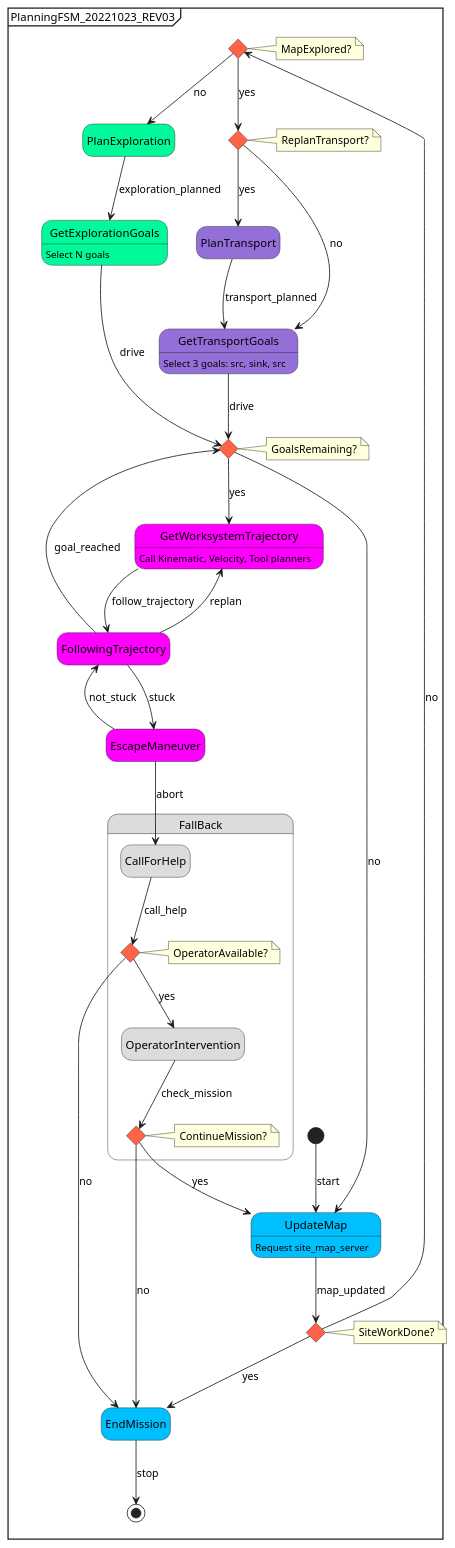
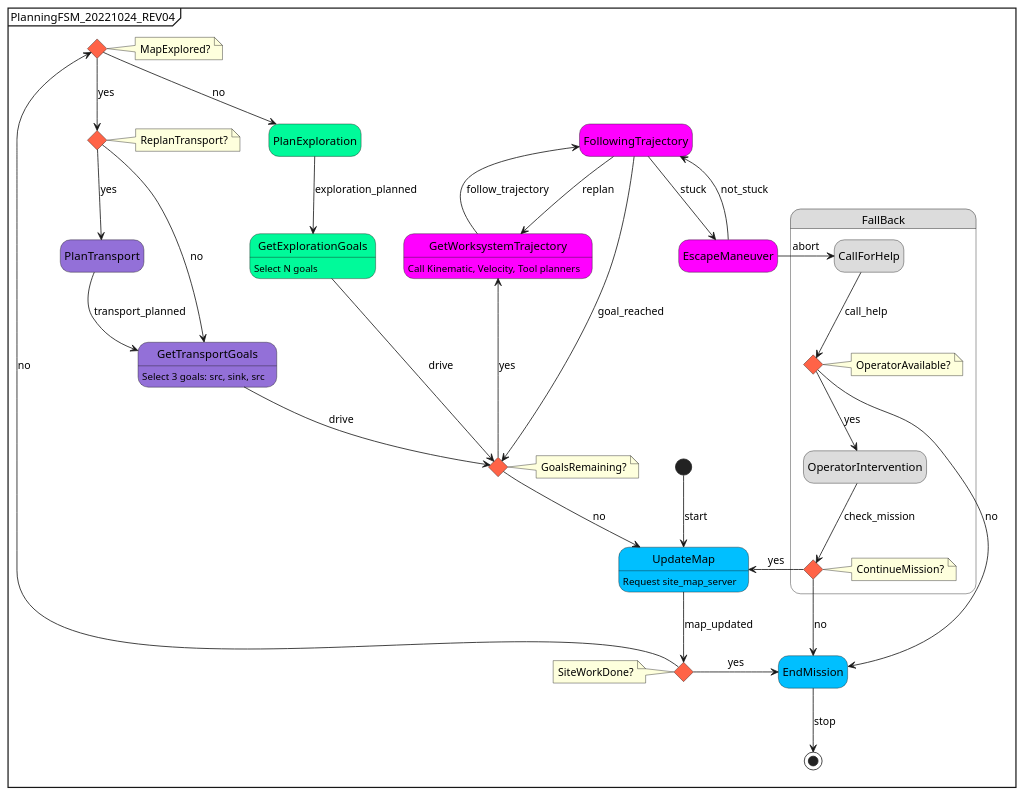
One commit to CraterGrader/CRATER_GRADER changed the second of 2 diagrams in cg_ws/src/planning/doc/fsm.puml. Above: the diagram before and after it, drawn with PlantUML. The commit also changed 8 other files, not shown here.

Commit message:
kinematic planner path packing, planner viz, worksystem_control param type, replanning, update fsm diagram

```diff
--- a/cg_ws/src/planning/doc/fsm.puml
+++ b/cg_ws/src/planning/doc/fsm.puml
@@ -5,102 +5,102 @@
-@startuml PlanningFSM_20221023_REV03
-mainframe PlanningFSM_20221023_REV03
+@startuml PlanningFSM_20221024_REV04
+mainframe PlanningFSM_20221024_REV04
 ' Formatting
 ' ------------------------------------
 hide empty description
 
 ' State blocks
 skinparam state {
   BackgroundColor #DeepSkyBlue
 }
 
 ' choice blocks
 <style>
   diamond {
     BackgroundColor #Tomato
 }
 </style>
 
 
 ' States and Interactions
 ' ------------------------------------
 ' Global states
 state EndMission
 state PlanExploration #MediumSpringGreen
 state PlanTransport #MediumPurple
 state UpdateMap
   UpdateMap : Request site_map_server
 state GetExplorationGoals #MediumSpringGreen
   GetExplorationGoals : Select N goals
 state GetTransportGoals #MediumPurple
   GetTransportGoals : Select 3 goals: src, sink, src
 state MapExplored <<choice>>
   note right of MapExplored
     MapExplored?
   end note
 state SiteWorkDone <<choice>>
-  note right of SiteWorkDone
+  note left of SiteWorkDone
     SiteWorkDone?
   end note
 state ReplanTransport <<choice>>
   note right of ReplanTransport
     ReplanTransport?
   end note
 
 ' Fallback states
 state FallBack #Gainsboro {
   state CallForHelp #Gainsboro 
   state OperatorIntervention #Gainsboro 
   state OperatorAvailable <<choice>>
     note right of OperatorAvailable
     OperatorAvailable?
     end note
   state ContinueMission <<choice>>
     note right of ContinueMission
       ContinueMission?
     end note
 
   ' Fallback state interactions
-  CallForHelp --> OperatorAvailable : call_help
-  OperatorAvailable --> OperatorIntervention : yes
-    OperatorIntervention --> ContinueMission : check_mission
-      ContinueMission --> UpdateMap : yes
-      ContinueMission --> EndMission : no
-  OperatorAvailable --> EndMission : no
+  CallForHelp -d-> OperatorAvailable : call_help
+  OperatorAvailable -d-> OperatorIntervention : yes
+    OperatorIntervention -d-> ContinueMission : check_mission
+      ContinueMission -l-> UpdateMap : yes
+      ContinueMission -d-> EndMission : no
+  OperatorAvailable -d-> EndMission : no
 }
 
 ' Driving states
 state FollowingTrajectory #Magenta
 state EscapeManeuver #Magenta
 state GetWorksystemTrajectory #Magenta
   GetWorksystemTrajectory : Call Kinematic, Velocity, Tool planners
 state GoalsRemaining <<choice>>
   note right of GoalsRemaining
     GoalsRemaining?
   end note
 
 ' Driving state interactions
-GoalsRemaining --> GetWorksystemTrajectory : yes
-  GetWorksystemTrajectory --> FollowingTrajectory : follow_trajectory
+GoalsRemaining -u-> GetWorksystemTrajectory : yes
+  GetWorksystemTrajectory -u-> FollowingTrajectory : follow_trajectory
     FollowingTrajectory --> GoalsRemaining : goal_reached
     FollowingTrajectory --> GetWorksystemTrajectory : replan
     FollowingTrajectory --> EscapeManeuver : stuck
-      EscapeManeuver --> FollowingTrajectory : not_stuck
-      EscapeManeuver -->  CallForHelp : abort
-GoalsRemaining --> UpdateMap : no
+      EscapeManeuver -d-> FollowingTrajectory : not_stuck
+      EscapeManeuver -r->  CallForHelp : abort
+GoalsRemaining -d-> UpdateMap : no
 
 ' Global state interactions
-[*] --> UpdateMap : start
-  UpdateMap --> SiteWorkDone : map_updated
-  SiteWorkDone --> EndMission : yes
-  SiteWorkDone --> MapExplored : no
-    MapExplored --> ReplanTransport : yes
-      ReplanTransport --> PlanTransport : yes
-        PlanTransport --> GetTransportGoals : transport_planned
-      ReplanTransport --> GetTransportGoals : no
-        GetTransportGoals --> GoalsRemaining : drive
-    MapExplored --> PlanExploration : no
-      PlanExploration --> GetExplorationGoals : exploration_planned
-      GetExplorationGoals --> GoalsRemaining : drive
+[*] -d-> UpdateMap : start
+  UpdateMap -d-> SiteWorkDone : map_updated
+  SiteWorkDone -r-> EndMission : yes
+  SiteWorkDone -l-> MapExplored : no
+    MapExplored -d-> ReplanTransport : yes
+      ReplanTransport -d-> PlanTransport : yes
+        PlanTransport -d-> GetTransportGoals : transport_planned
+      ReplanTransport -d-> GetTransportGoals : no
+        GetTransportGoals -d-> GoalsRemaining : drive
+    MapExplored -d-> PlanExploration : no
+      PlanExploration -d-> GetExplorationGoals : exploration_planned
+      GetExplorationGoals -d-> GoalsRemaining : drive
 EndMission --> [*] : stop
 
 @enduml
```
